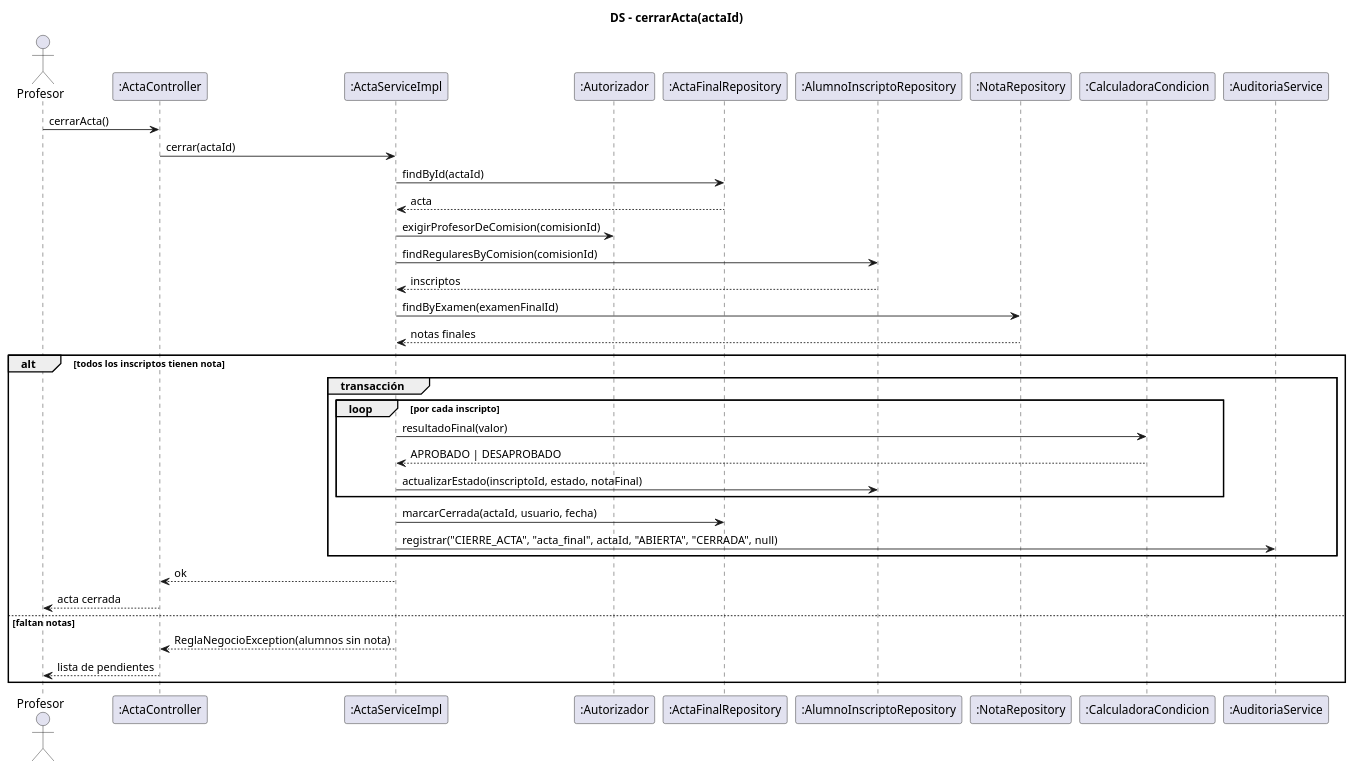
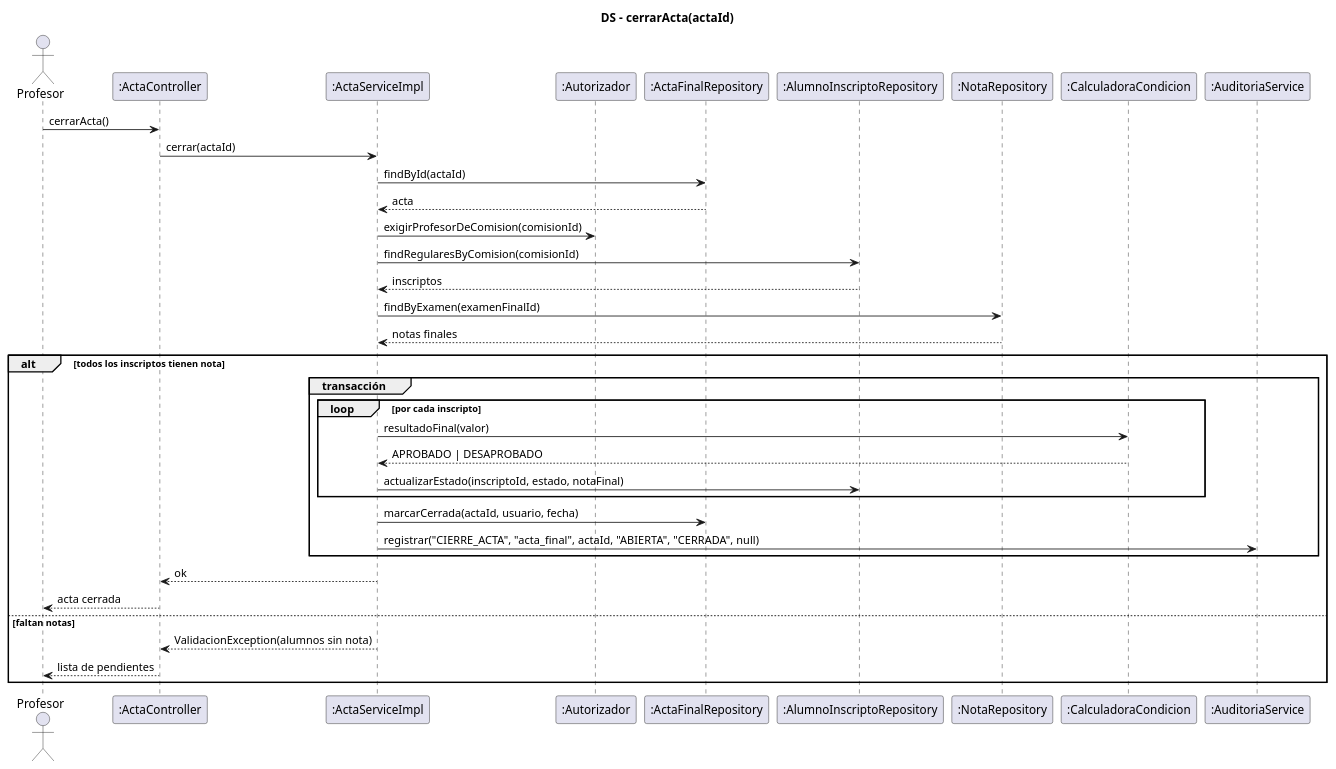
The diagram in document/diagramas/21-ds-cerrar-acta.puml (ISMAELALTHENOFER/BACKOFFICE-ACADEMICO-ITEC-N-1), drawn with PlantUML before and after one commit. The commit also changed 121 other files, not shown here.

First line of the commit message:
docs: completar casos de uso, diagramas de secuencia, contratos e historias de usuario

```diff
--- a/document/diagramas/21-ds-cerrar-acta.puml
+++ b/document/diagramas/21-ds-cerrar-acta.puml
@@ -1,39 +1,39 @@
 @startuml ds-cerrar-acta
 skinparam shadowing false
 title DS - cerrarActa(actaId)
 actor Profesor
 participant ":ActaController" as C
 participant ":ActaServiceImpl" as S
 participant ":Autorizador" as AU
 participant ":ActaFinalRepository" as AC
 participant ":AlumnoInscriptoRepository" as IR
 participant ":NotaRepository" as NR
 participant ":CalculadoraCondicion" as CC
 participant ":AuditoriaService" as AUD
 
 Profesor -> C : cerrarActa()
 C -> S : cerrar(actaId)
 S -> AC : findById(actaId)
 AC --> S : acta
 S -> AU : exigirProfesorDeComision(comisionId)
 S -> IR : findRegularesByComision(comisionId)
 IR --> S : inscriptos
 S -> NR : findByExamen(examenFinalId)
 NR --> S : notas finales
 alt todos los inscriptos tienen nota
   group transacción
     loop por cada inscripto
       S -> CC : resultadoFinal(valor)
       CC --> S : APROBADO | DESAPROBADO
       S -> IR : actualizarEstado(inscriptoId, estado, notaFinal)
     end
     S -> AC : marcarCerrada(actaId, usuario, fecha)
     S -> AUD : registrar("CIERRE_ACTA", "acta_final", actaId, "ABIERTA", "CERRADA", null)
   end
   S --> C : ok
   C --> Profesor : acta cerrada
 else faltan notas
-  S --> C : ReglaNegocioException(alumnos sin nota)
+  S --> C : ValidacionException(alumnos sin nota)
   C --> Profesor : lista de pendientes
 end
 @enduml
```
